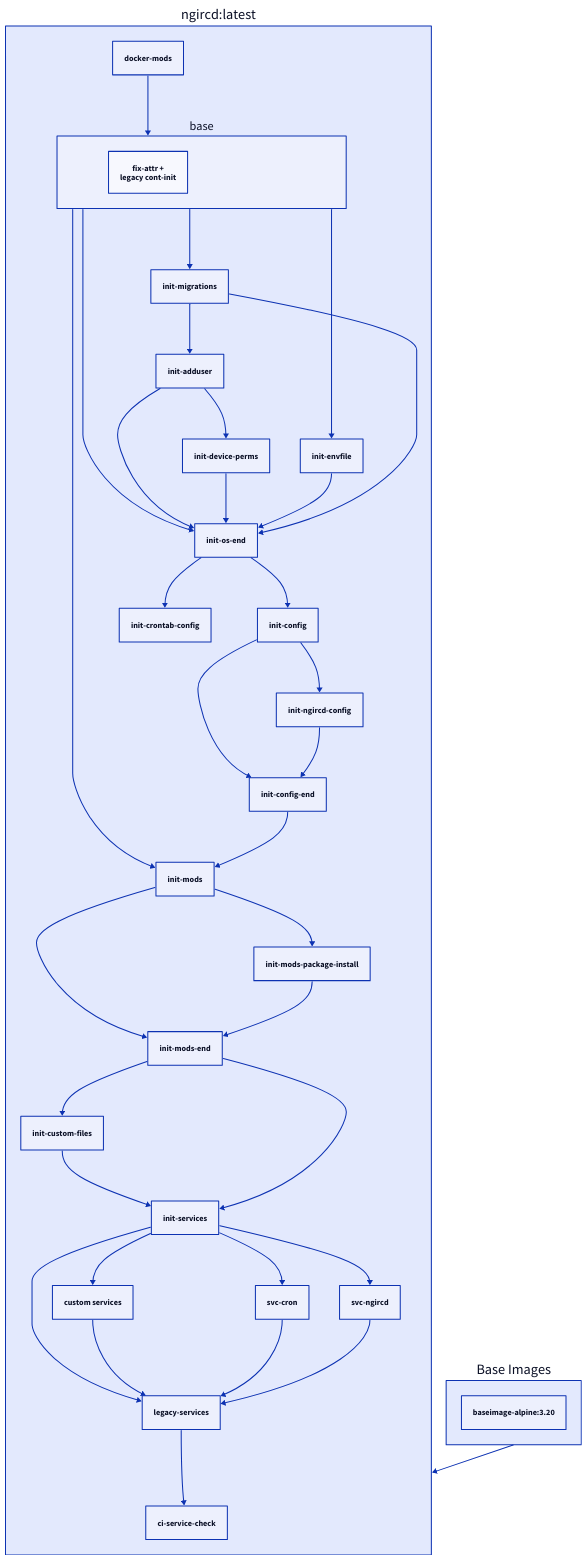
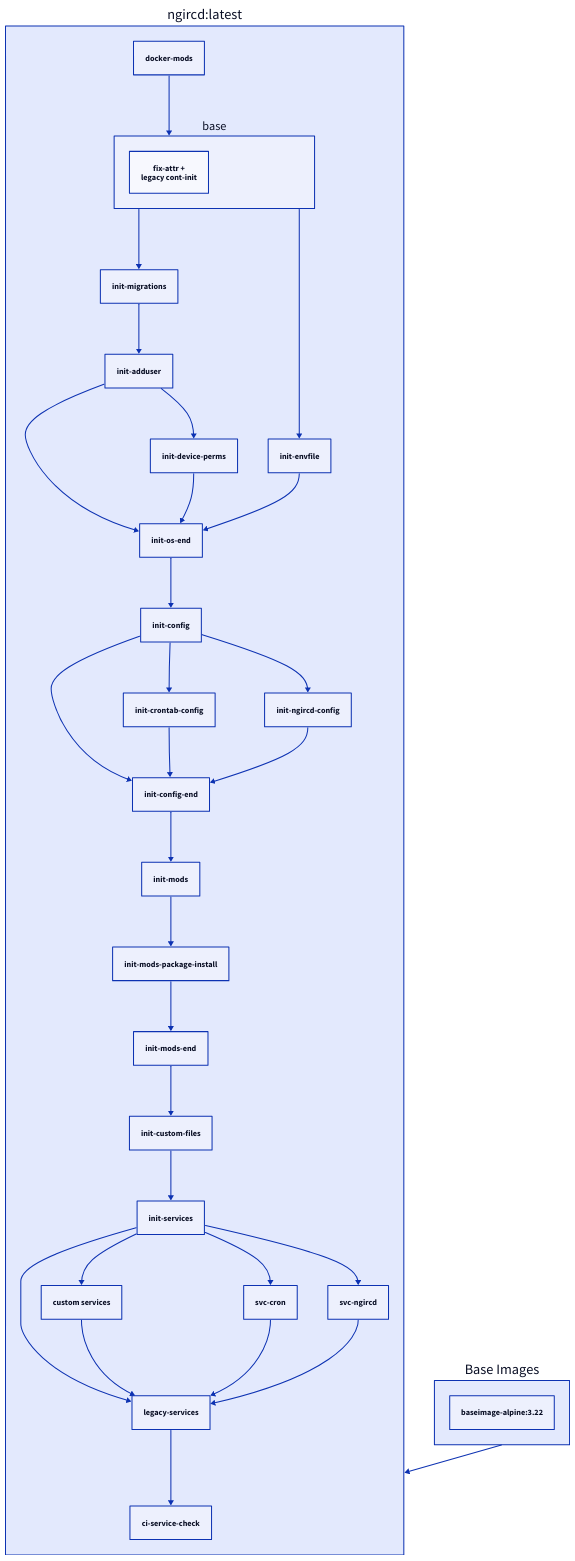
One commit to linuxserver/docker-documentation changed the diagram in docs/images/docker-ngircd.md. Above: the diagram before and after it, drawn with D2. The commit also changed other lines of this file, not shown here.

Commit message:
Bot Updating Documentation

````diff
--- a/docs/images/docker-ngircd.md
+++ b/docs/images/docker-ngircd.md
@@ -279,45 +279,41 @@
     ```d2
     "ngircd:latest": {
       docker-mods
       base {
         fix-attr +\nlegacy cont-init
       }
       docker-mods -> base
       legacy-services
       custom services
       init-services -> legacy-services
       init-services -> custom services
       custom services -> legacy-services
       legacy-services -> ci-service-check
       init-migrations -> init-adduser
       init-os-end -> init-config
       init-config -> init-config-end
+      init-crontab-config -> init-config-end
       init-ngircd-config -> init-config-end
-      init-os-end -> init-crontab-config
+      init-config -> init-crontab-config
       init-mods-end -> init-custom-files
       init-adduser -> init-device-perms
       base -> init-envfile
       base -> init-migrations
-      base -> init-mods
       init-config-end -> init-mods
-      init-mods -> init-mods-end
       init-mods-package-install -> init-mods-end
       init-mods -> init-mods-package-install
       init-config -> init-ngircd-config
-      base -> init-os-end
       init-adduser -> init-os-end
       init-device-perms -> init-os-end
       init-envfile -> init-os-end
-      init-migrations -> init-os-end
       init-custom-files -> init-services
-      init-mods-end -> init-services
       init-services -> svc-cron
       svc-cron -> legacy-services
       init-services -> svc-ngircd
       svc-ngircd -> legacy-services
     }
     Base Images: {
-      "baseimage-alpine:3.20"
+      "baseimage-alpine:3.22"
     }
     "ngircd:latest" <- Base Images
     ```
````
